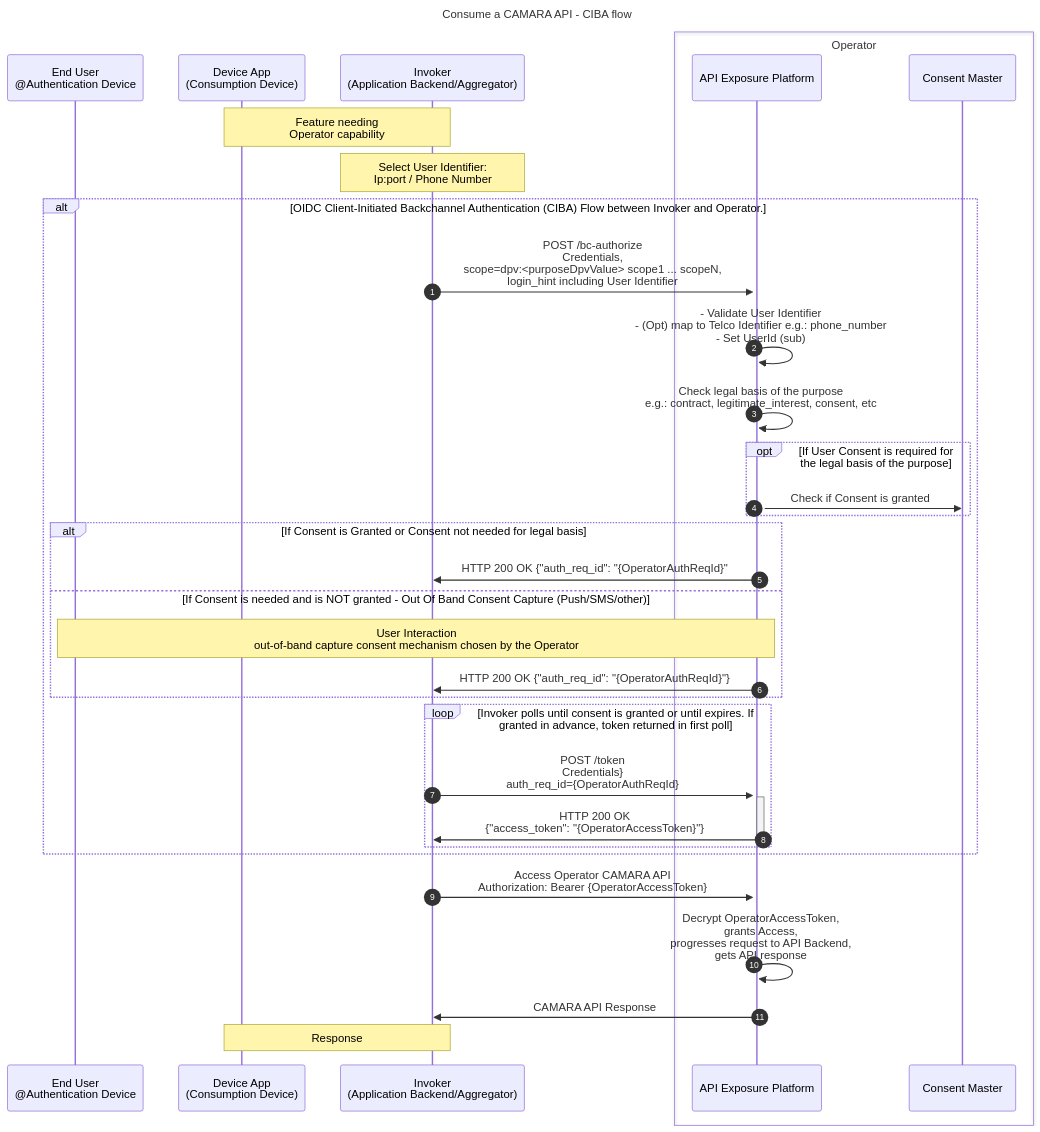
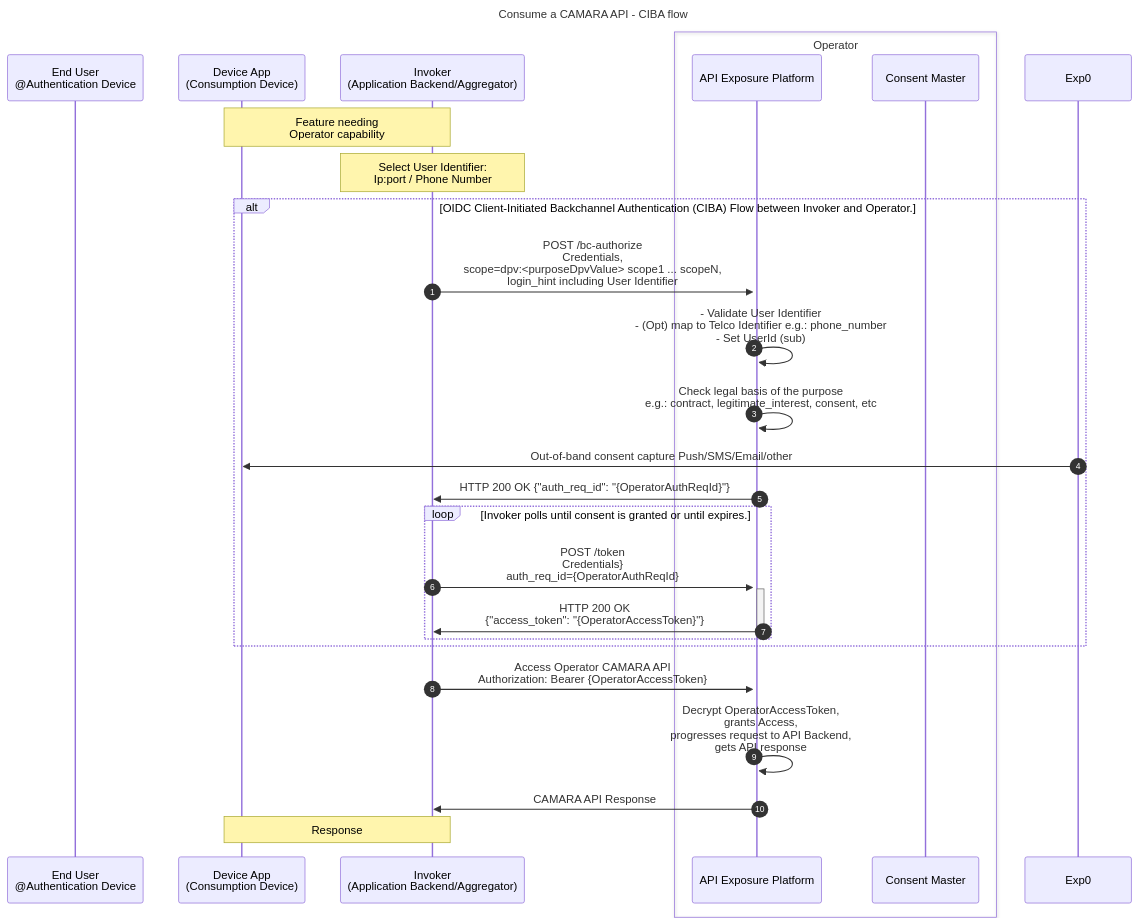
One commit to camaraproject/IdentityAndConsentManagement changed the second of 2 diagrams in documentation/CAMARA-API-access-and-user-consent.md. Above: the diagram before and after it, drawn with Mermaid. The commit also changed other lines of this file, not shown here.

Commit message:
CIBA MUST send a message

````diff
--- a/documentation/CAMARA-API-access-and-user-consent.md
+++ b/documentation/CAMARA-API-access-and-user-consent.md
@@ -188,38 +197,31 @@
 ```mermaid
 sequenceDiagram
 autonumber
 title Consume a CAMARA API - CIBA flow
 participant User as End User<br>@Authentication Device
 participant FE as Device App<br>(Consumption Device)
 participant BE as Invoker<br>(Application Backend/Aggregator)  
 box Operator
   participant ExpO as API Exposure Platform  
   participant Consent as Consent Master
 end
 
 Note over FE,BE: Feature needing<br>Operator capability  
 Note over BE: Select User Identifier:<br>Ip:port / Phone Number  
 
 alt OIDC Client-Initiated Backchannel Authentication (CIBA) Flow between Invoker and Operator.
   BE->>+ExpO: POST /bc-authorize<br> Credentials,<br>scope=dpv:<purposeDpvValue> scope1 ... scopeN,<br>login_hint including User Identifier    
   ExpO->>ExpO: - Validate User Identifier<br>- (Opt) map to Telco Identifier e.g.: phone_number<br>- Set UserId (sub)  
   ExpO->>ExpO: Check legal basis of the purpose<br> e.g.: contract, legitimate_interest, consent, etc
-  opt If User Consent is required for the legal basis of the purpose  
-    ExpO->>Consent: Check if Consent is granted
-  end
-  alt If Consent is Granted or Consent not needed for legal basis   
-    ExpO->>BE: HTTP 200 OK {"auth_req_id": "{OperatorAuthReqId}"  
-  else If Consent is needed and is NOT granted - Out Of Band Consent Capture (Push/SMS/other)
-    Note over ExpO,User: User Interaction <br> out-of-band capture consent mechanism chosen by the Operator
-    ExpO->>BE: HTTP 200 OK {"auth_req_id": "{OperatorAuthReqId}"}
-  end
-  loop Invoker polls until consent is granted or until expires. If granted in advance, token returned in first poll
+  Exp0->>FE: Out-of-band consent capture Push/SMS/Email/other
+  ExpO->>BE: HTTP 200 OK {"auth_req_id": "{OperatorAuthReqId}"}
+  loop Invoker polls until consent is granted or until expires.
     BE->>+ExpO: POST /token <br>Credentials}<br>auth_req_id={OperatorAuthReqId}    
     ExpO->>-BE: HTTP 200 OK <br>{"access_token": "{OperatorAccessToken}"}
   end  
 end
 BE->>ExpO: Access Operator CAMARA API<br>Authorization: Bearer {OperatorAccessToken}    
 ExpO->>ExpO: Decrypt OperatorAccessToken,<br>grants Access,<br>progresses request to API Backend,<br>gets API response  
 ExpO->>BE: CAMARA API Response
 Note over BE,FE: Response
 ```
````
